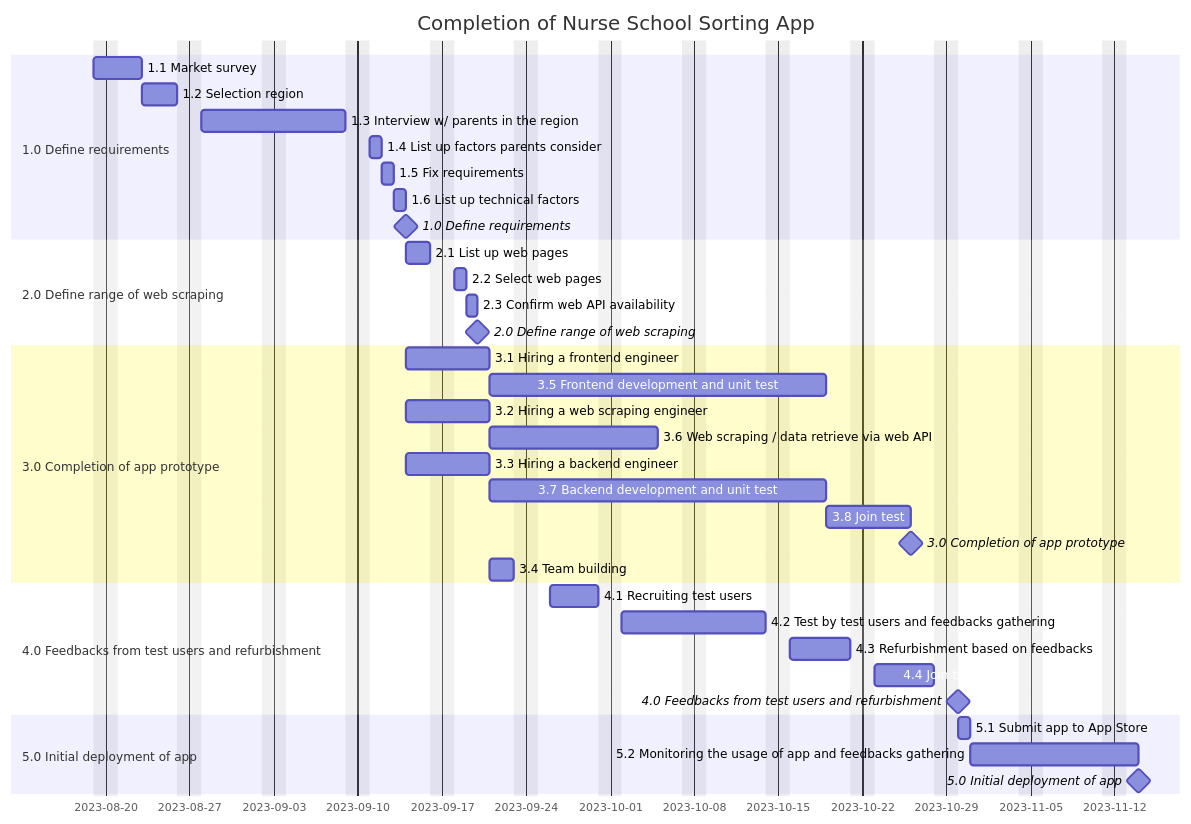
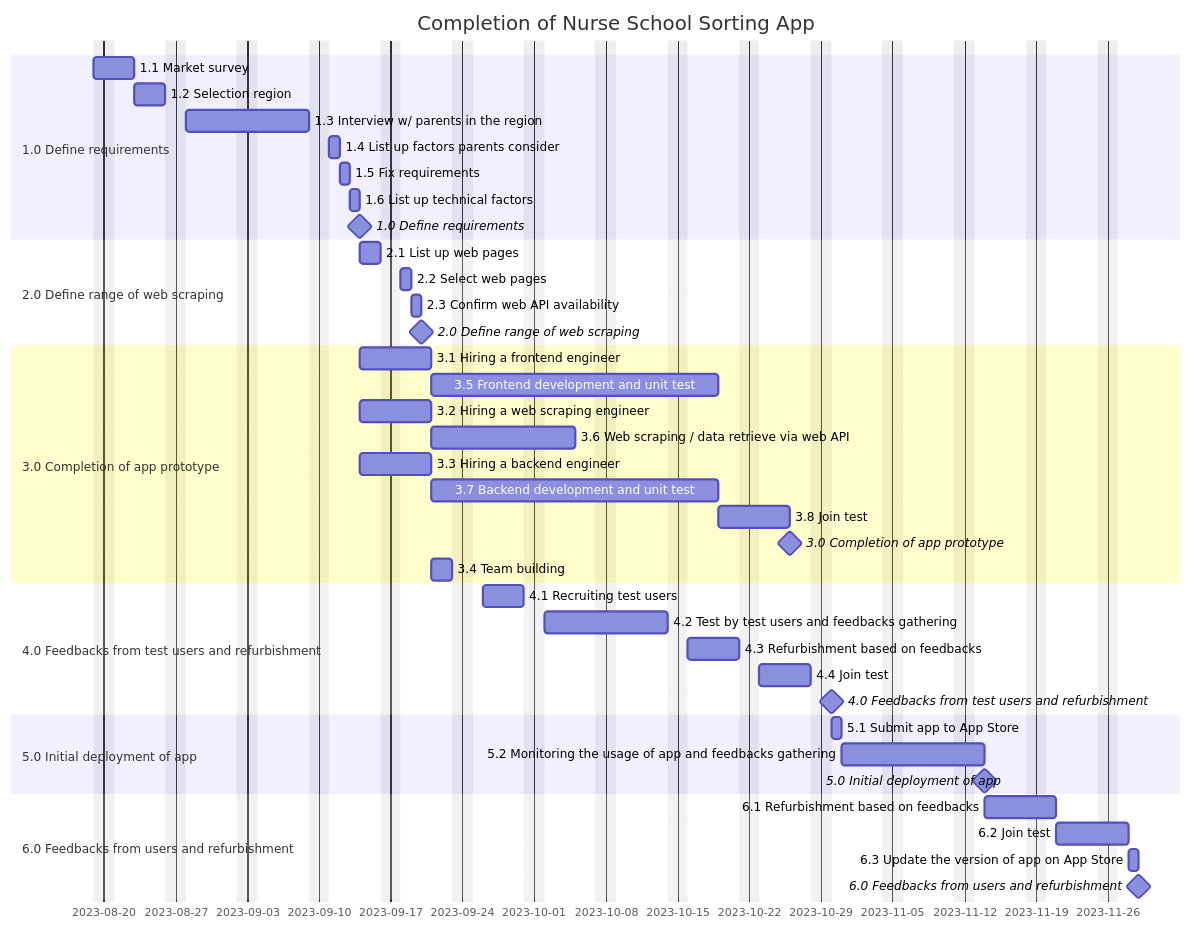
One commit to riow1983/Coursera-PMP changed the third of 4 diagrams in README.md. Above: the diagram before and after it, drawn with Mermaid.

````diff
--- a/README.md
+++ b/README.md
@@ -166,44 +166,50 @@
 ```mermaid
 gantt
   dateFormat  YYYY-MM-DD
   title       Completion of Nurse School Sorting App
   excludes    weekends
 
   section 1.0 Define requirements
   1.1 Market survey        :2023-08-19, 3d
   1.2 Selection region :3d
   1.3 Interview w/ parents in the region  :10d
   1.4 List up factors parents consider: 1d
   1.5 Fix requirements: 1d
   1.6 List up technical factors: 0.5d
   1.0 Define requirements     :milestone, 0d
 
   section 2.0 Define range of web scraping
   2.1 List up web pages      :2023-09-14, 2d
   2.2 Select web pages      :1d
   2.3 Confirm web API availability     :1d
   2.0 Define range of web scraping: milestone, 0d
 
   section 3.0 Completion of app prototype
   3.1 Hiring a frontend engineer: 2023-09-14, 5d
   3.5 Frontend development and unit test: 20d
   3.2 Hiring a web scraping engineer: 2023-09-14, 5d
   3.6 Web scraping / data retrieve via web API: 10d
   3.3 Hiring a backend engineer: a, 2023-09-14, 5d
   3.7 Backend development and unit test: 20d
   3.8 Join test: 5d
   3.0 Completion of app prototype: milestone, 0d
   3.4 Team building: after a, 2d
   
   section 4.0 Feedbacks from test users and refurbishment
   4.1 Recruiting test users: 2023-09-26, 4d
   4.2 Test by test users and feedbacks gathering: 10d
   4.3 Refurbishment based on feedbacks: 5d
   4.4 Join test: 5d
   4.0 Feedbacks from test users and refurbishment: milestone, 0d
   
   section 5.0 Initial deployment of app
   5.1 Submit app to App Store: 2023-10-30, 0.5d
   5.2 Monitoring the usage of app and feedbacks gathering: 10d
   5.0 Initial deployment of app: milestone, 0d
+
+  section 6.0 Feedbacks from users and refurbishment
+  6.1 Refurbishment based on feedbacks: 2023-11-14, 5d
+  6.2 Join test: 5d
+  6.3 Update the version of app on App Store: 0.5d
+  6.0 Feedbacks from users and refurbishment: milestone, 0d
 ```
````
